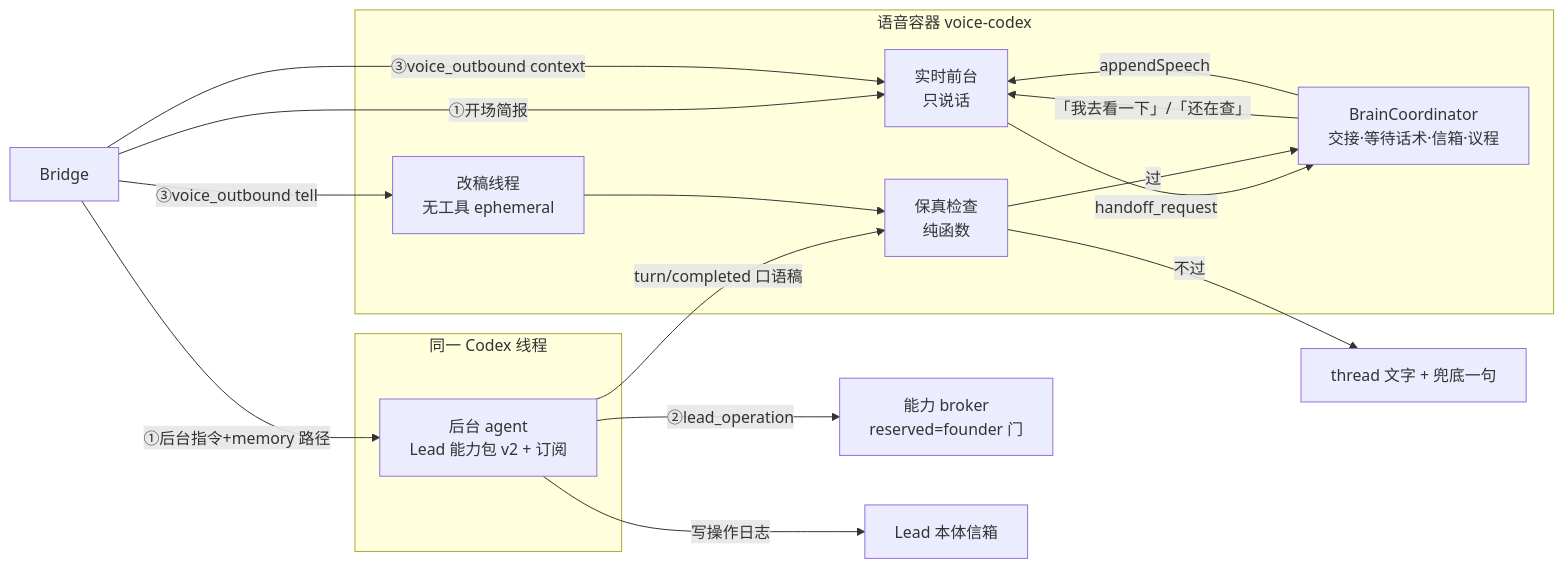
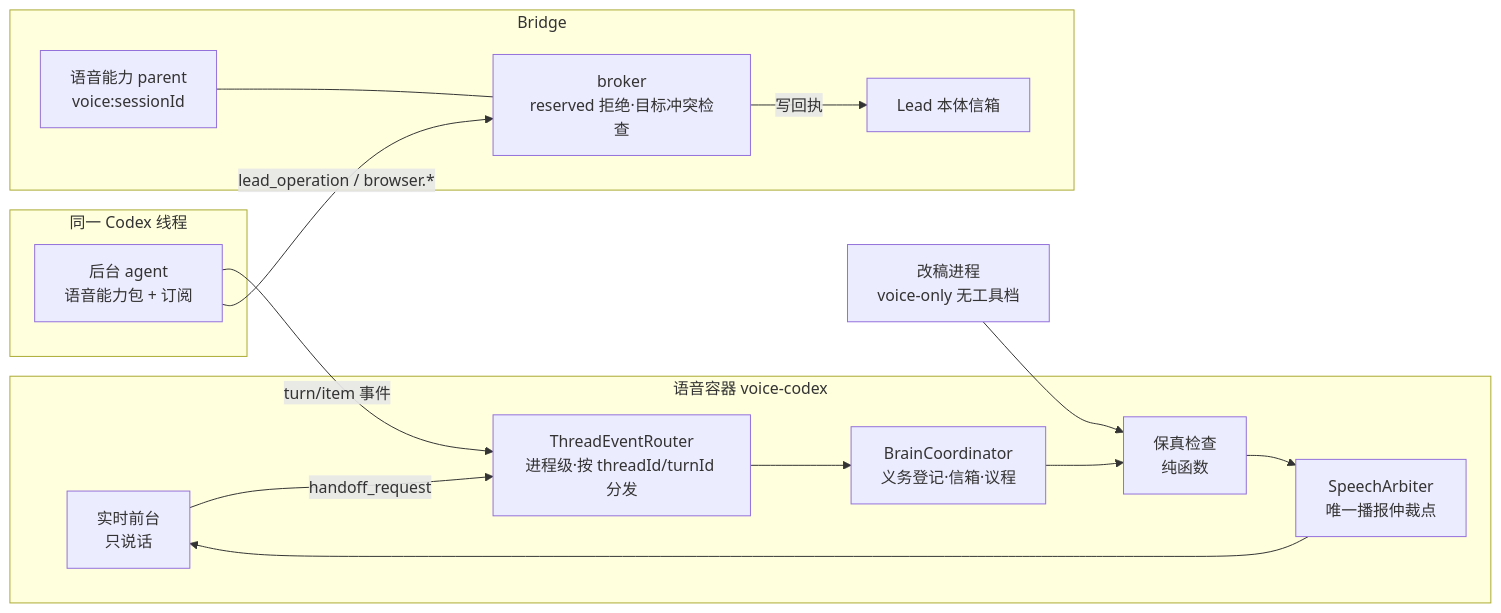
One commit to xrliAnnie/flywheel-qa-sandbox changed the first of 2 diagrams in engineering/doc/FLY-2886-voice-brain-agent/plan.md. Above: the diagram before and after it, drawn with Mermaid. The commit also changed other lines of this file and 10 other files, not shown here.

Commit message:
docs(FLY-2886): plan v3 after design review R1/R2, founder HTML and diagrams

````diff
--- a/engineering/doc/FLY-2886-voice-brain-agent/plan.md
+++ b/engineering/doc/FLY-2886-voice-brain-agent/plan.md
@@ -14,23 +18,26 @@
 ```mermaid
 flowchart LR
   subgraph Room[语音容器 voice-codex]
     RT[实时前台<br/>只说话]
-    BC[BrainCoordinator<br/>交接·等待话术·信箱·议程]
-    SW[改稿线程<br/>无工具 ephemeral]
+    ER[ThreadEventRouter<br/>进程级·按 threadId/turnId 分发]
+    BC[BrainCoordinator<br/>义务登记·信箱·议程]
+    SA[SpeechArbiter<br/>唯一播报仲裁点]
     FG[保真检查<br/>纯函数]
   end
+  SW[改稿进程<br/>voice-only 无工具档]
   subgraph Thread[同一 Codex 线程]
-    BG[后台 agent<br/>Lead 能力包 v2 + 订阅]
+    BG[后台 agent<br/>语音能力包 + 订阅]
   end
-  BR[Bridge] -->|①开场简报| RT
-  BR -->|①后台指令+memory 路径| BG
-  RT -- handoff_request --> BC
-  BC -- 「我去看一下」/「还在查」 --> RT
-  BG -- turn/completed 口语稿 --> FG
-  BR -- ③voice_outbound tell --> SW --> FG
-  BR -- ③voice_outbound context --> RT
-  FG -- 过 --> BC -- appendSpeech --> RT
-  FG -- 不过 --> TH[thread 文字 + 兜底一句]
-  BG -- ②lead_operation --> BK[能力 broker<br/>reserved=founder 门]
-  BG -- 写操作日志 --> LI[Lead 本体信箱]
+  subgraph Bridge
+    VP[语音能力 parent<br/>voice:sessionId]
+    BK[broker<br/>reserved 拒绝·目标冲突检查]
+    LI[Lead 本体信箱]
+  end
+  RT -- handoff_request --> ER --> BC
+  BG -- turn/item 事件 --> ER
+  BC --> FG --> SA --> RT
+  SW --> FG
+  BG -- lead_operation / browser.* --> BK
+  VP --- BK
+  BK -- 写回执 --> LI
 ```
````
